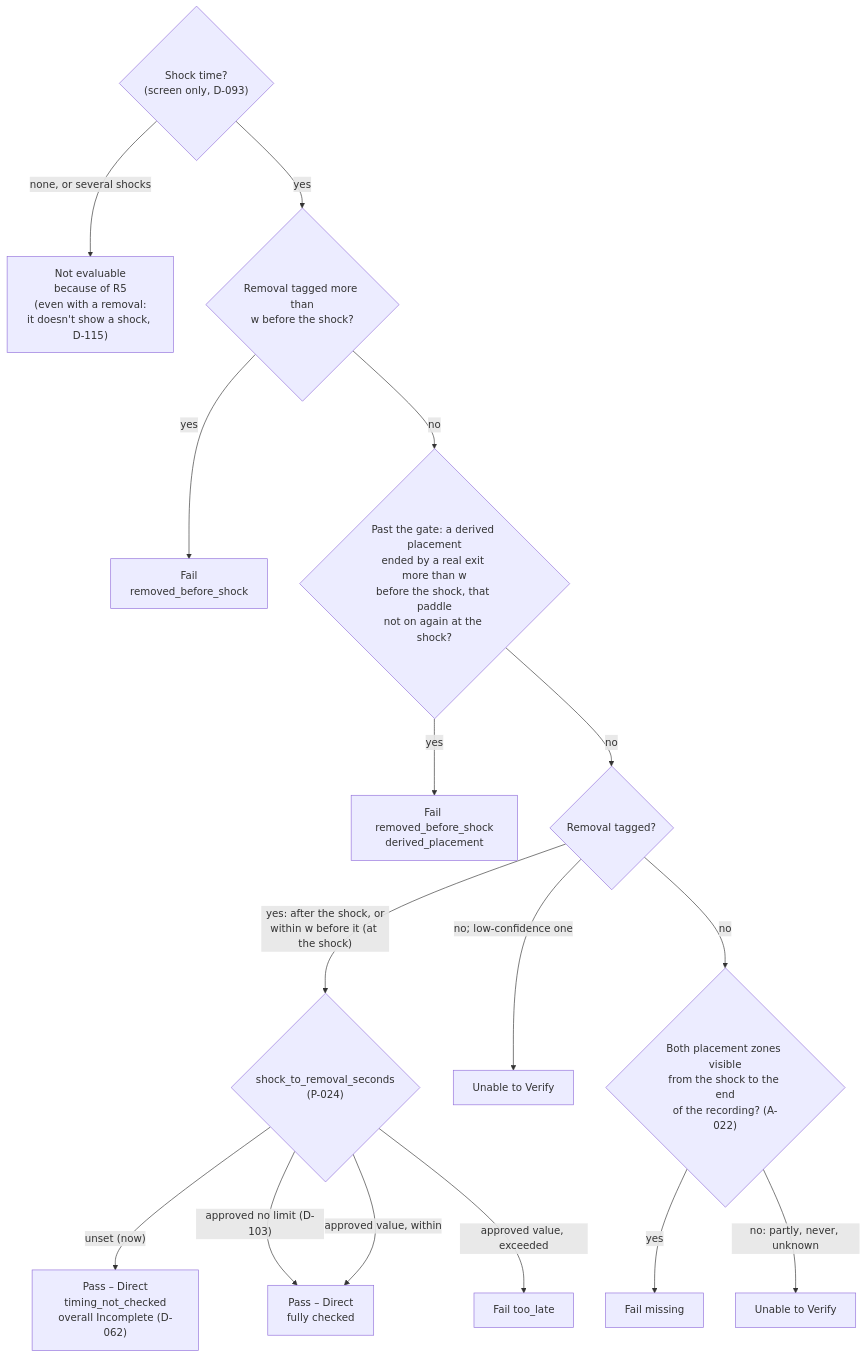
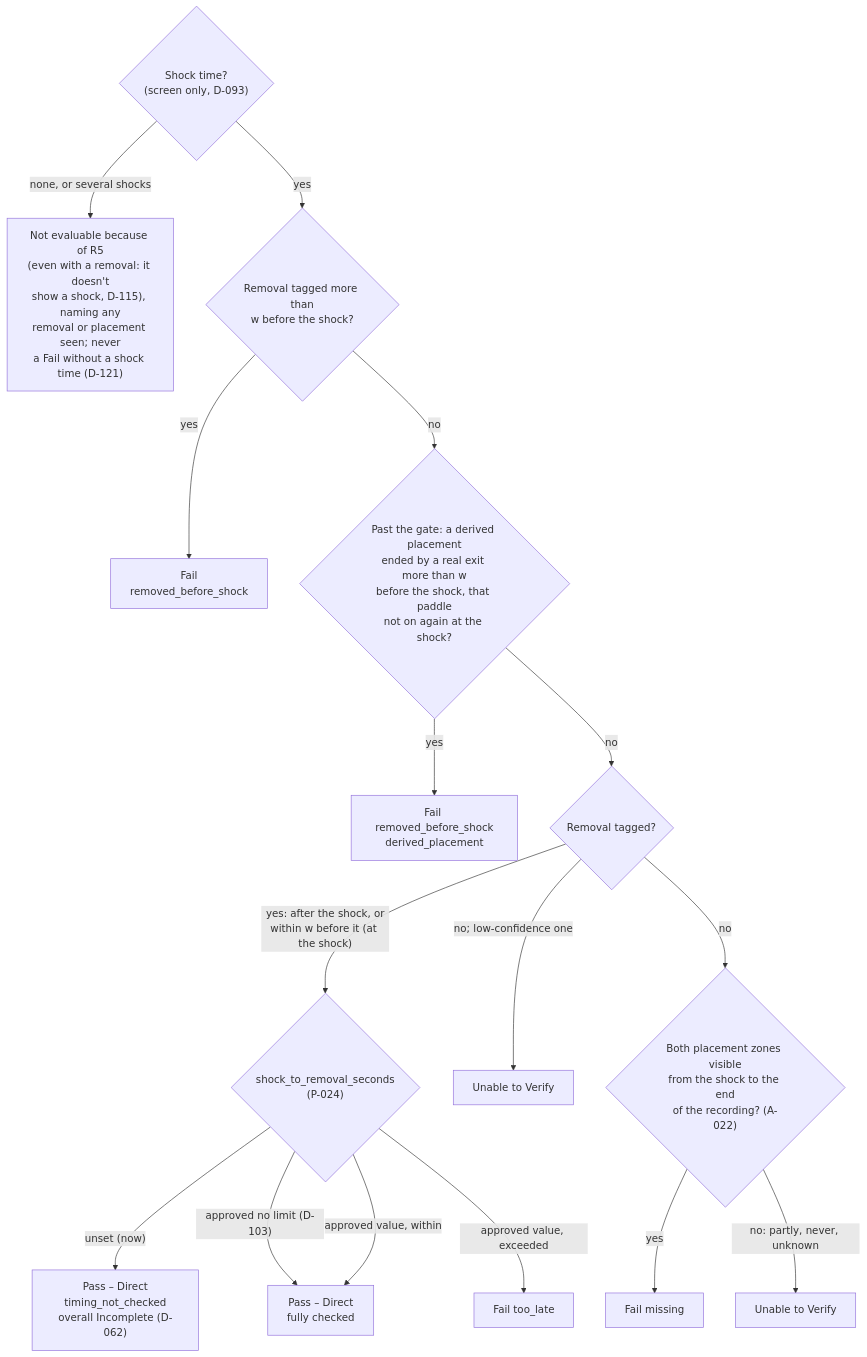
Before and after one commit to ananthu65/defibrillator_research: diagram 12 of 16 in docs/rule_engine/diagrams.md, drawn with Mermaid. The commit also changed other lines of this file and 30 other files, not shown here.

````diff
--- a/docs/rule_engine/diagrams.md
+++ b/docs/rule_engine/diagrams.md
@@ -303,18 +303,18 @@
 ```mermaid
 flowchart TD
-    S{"Shock time?<br/>(screen only, D-093)"} -->|"none, or several shocks"| NE["Not evaluable<br/>because of R5<br/>(even with a removal:<br/>it doesn't show a shock, D-115)"]
+    S{"Shock time?<br/>(screen only, D-093)"} -->|"none, or several shocks"| NE["Not evaluable because of R5<br/>(even with a removal: it doesn't<br/>show a shock, D-115), naming any<br/>removal or placement seen; never<br/>a Fail without a shock time (D-121)"]
     S -->|yes| RB{"Removal tagged more than<br/>w before the shock?"}
     RB -->|yes| F1["Fail<br/>removed_before_shock"]
     RB -->|no| DE{"Past the gate: a derived placement<br/>ended by a real exit more than w<br/>before the shock, that paddle<br/>not on again at the shock?"}
     DE -->|yes| F2["Fail removed_before_shock<br/>derived_placement"]
     DE -->|no| RM{"Removal tagged?"}
     RM -->|"yes: after the shock, or<br/>within w before it (at the shock)"| L{"shock_to_removal_seconds<br/>(P-024)"}
     L -->|"unset (now)"| P1["Pass – Direct<br/>timing_not_checked<br/>overall Incomplete (D-062)"]
     L -->|"approved no limit (D-103)"| P2["Pass – Direct<br/>fully checked"]
     L -->|approved value, within| P2
     L -->|approved value, exceeded| F3["Fail too_late"]
     RM -->|"no; low-confidence one"| U1["Unable to Verify"]
     RM -->|no| Z{"Both placement zones visible<br/>from the shock to the end<br/>of the recording? (A-022)"}
     Z -->|yes| F4["Fail missing"]
     Z -->|"no: partly, never, unknown"| U2["Unable to Verify"]
 ```
````
